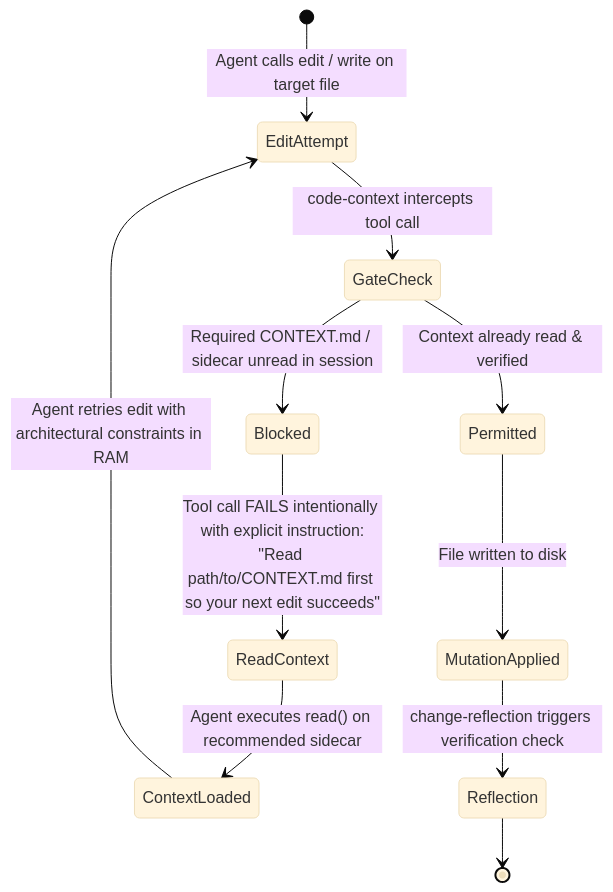
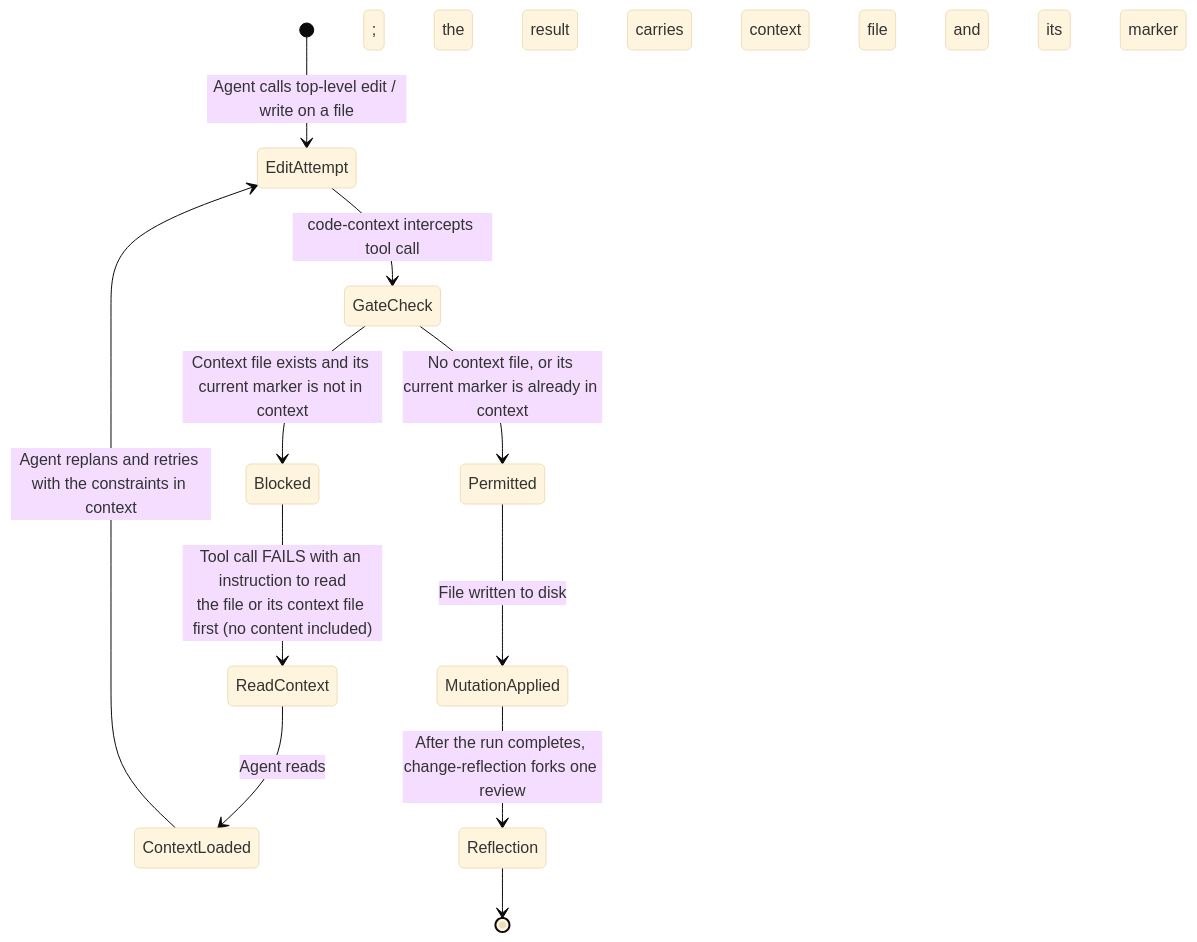
One commit to z3z1ma/apple-pi changed the fifth of 7 diagrams in README.md. Above: the diagram before and after it, drawn with Mermaid (base theme). The commit also changed other lines of this file, not shown here.

Commit message:
docs(readme): correct claims against current source

````diff
--- a/README.md
+++ b/README.md
@@ -251,17 +253,17 @@
 ```mermaid
 stateDiagram-v2
-    [*] --> EditAttempt: Agent calls edit / write on target file
+    [*] --> EditAttempt: Agent calls top-level edit / write on a file
     EditAttempt --> GateCheck: code-context intercepts tool call
 
     state GateCheck <<choice>>
-    GateCheck --> Blocked: Required CONTEXT.md / sidecar unread in session
-    GateCheck --> Permitted: Context already read & verified
+    GateCheck --> Blocked: Context file exists and its current marker is not in context
+    GateCheck --> Permitted: No context file, or its current marker is already in context
 
-    Blocked --> ReadContext: Tool call FAILS intentionally with explicit instruction:<br/>"Read path/to/CONTEXT.md first so your next edit succeeds"
-    ReadContext --> ContextLoaded: Agent executes read() on recommended sidecar
-    ContextLoaded --> EditAttempt: Agent retries edit with architectural constraints in RAM
+    Blocked --> ReadContext: Tool call FAILS with an instruction to read<br/>the file or its context file first (no content included)
+    ReadContext --> ContextLoaded: Agent reads; the result carries the context file and its marker
+    ContextLoaded --> EditAttempt: Agent replans and retries with the constraints in context
 
     Permitted --> MutationApplied: File written to disk
-    MutationApplied --> Reflection: change-reflection triggers verification check
+    MutationApplied --> Reflection: After the run completes, change-reflection forks one review
     Reflection --> [*]
 ```
````
